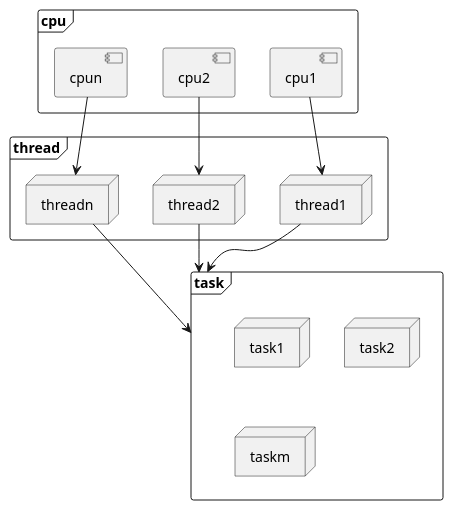
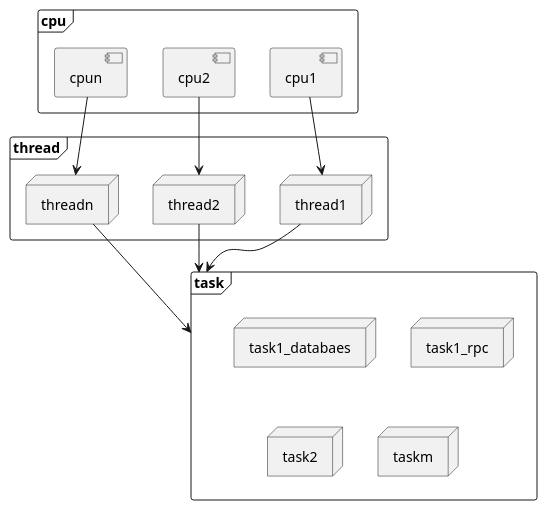
One commit to Wang-Ray/Wang-Ray.github.io changed the diagram in assets/plantuml/cpu-switch-nonblock.md. Above: the diagram before and after it, drawn with PlantUML. The commit also changed 2 other files, not shown here.

````diff
--- a/assets/plantuml/cpu-switch-nonblock.md
+++ b/assets/plantuml/cpu-switch-nonblock.md
@@ -1,29 +1,30 @@
 ```plantuml
 @startuml
 frame cpu {
     component cpu1
     component cpu2
     component cpun
 }
 
 frame thread {
     node thread1
     node thread2
     node threadn
 }
 
 frame task {
-    node task1
+    node task1_databaes
+    node task1_rpc
     node task2
     node taskm
 }
 
 cpu1 --> thread1
 cpu2 --> thread2
 cpun --> threadn
 
 thread1 --> task
 thread2 --> task
 threadn --> task
 @enduml
 ```
````
